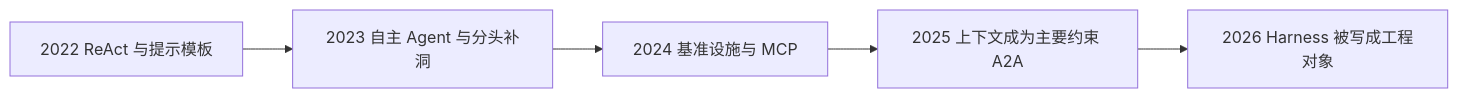
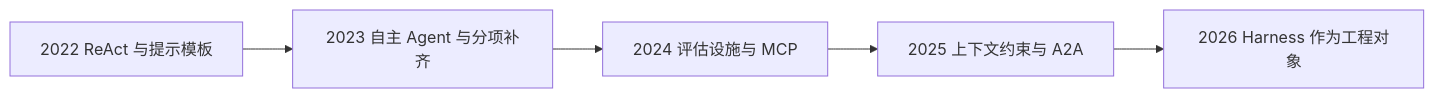
The third of 5 diagrams in 基础概念/Harness历史演进基本原理.md (dwq370/Hands-On-Harness), drawn with Mermaid before and after one commit. The commit also changed other lines of this file and 2 other files, not shown here.

````diff
--- a/基础概念/Harness历史演进基本原理.md
+++ b/基础概念/Harness历史演进基本原理.md
@@ -123,7 +125,7 @@
 ```mermaid
 flowchart LR
-  y2022[2022 ReAct 与提示模板] --> y2023[2023 自主 Agent 与分头补洞]
-  y2023 --> y2024[2024 基准设施与 MCP]
-  y2024 --> y2025[2025 上下文成为主要约束 A2A]
-  y2025 --> y2026[2026 Harness 被写成工程对象]
+  y2022[2022 ReAct 与提示模板] --> y2023[2023 自主 Agent 与分项补齐]
+  y2023 --> y2024[2024 评估设施与 MCP]
+  y2024 --> y2025[2025 上下文约束与 A2A]
+  y2025 --> y2026[2026 Harness 作为工程对象]
 ```
````
